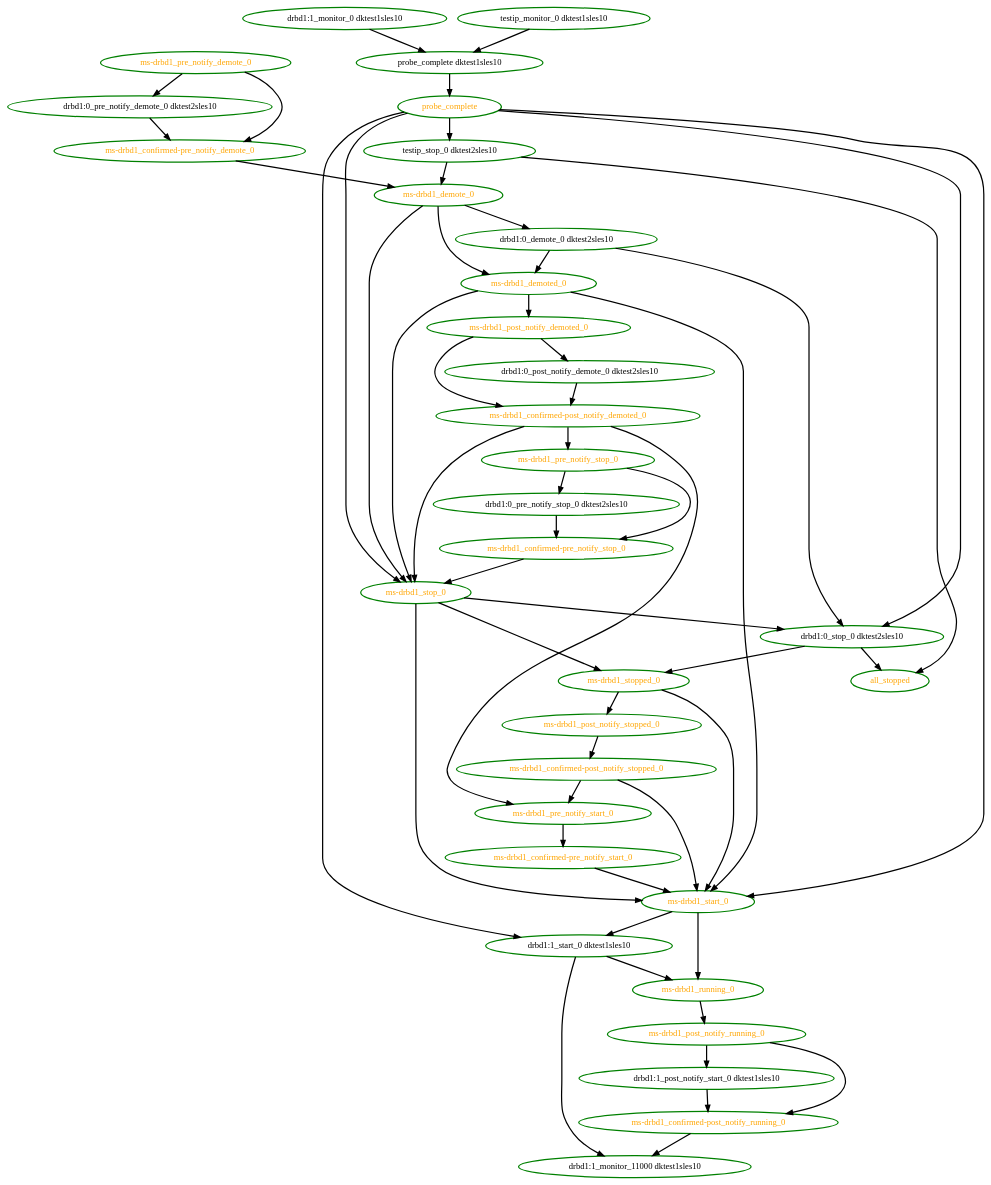
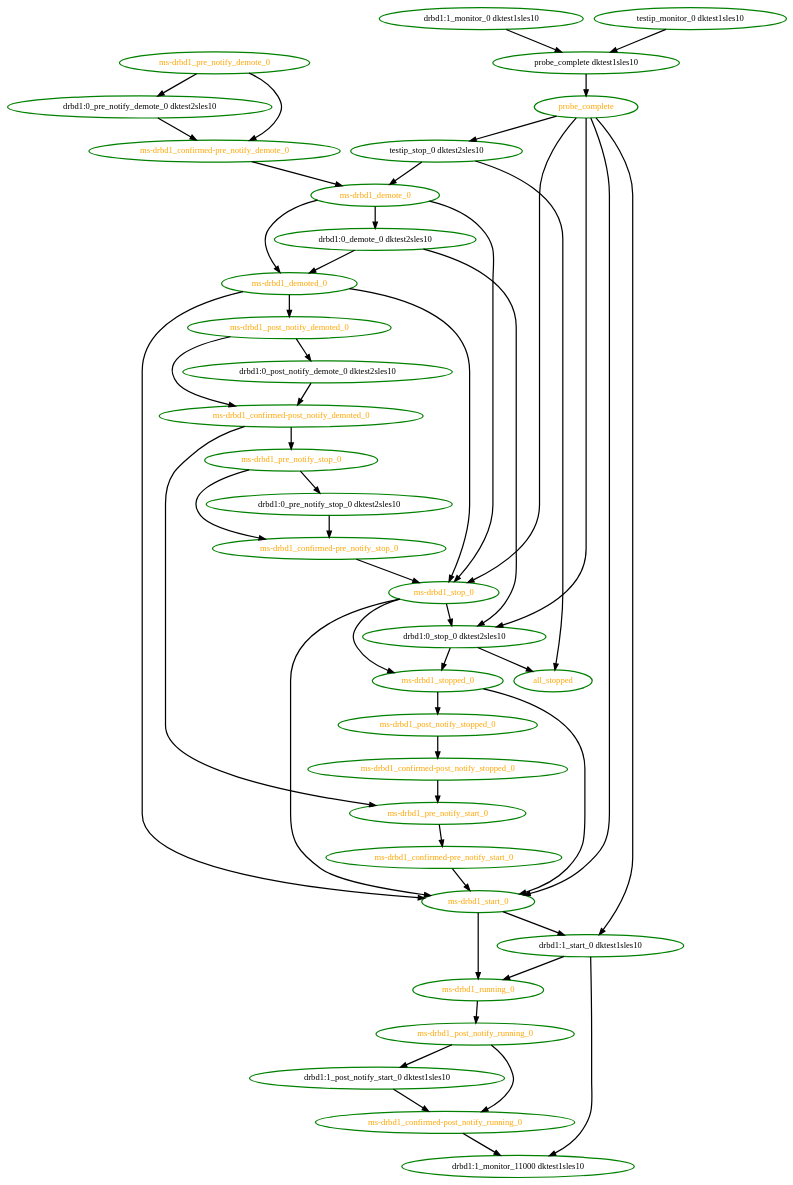
The diagram in pengine/test10/clone-no-shuffle.dot (linux-ha-japan/pm_diskd), drawn with Graphviz before and after one commit. The commit also changed 18 other files, not shown here.

```diff
--- a/pengine/test10/clone-no-shuffle.dot
+++ b/pengine/test10/clone-no-shuffle.dot
@@ -1,87 +1,85 @@
 digraph "g" {
 "all_stopped" [ style=bold color="green" fontcolor="orange"  ]
 "drbd1:0_demote_0 dktest2sles10" -> "drbd1:0_stop_0 dktest2sles10" [ style = bold]
 "drbd1:0_demote_0 dktest2sles10" -> "ms-drbd1_demoted_0" [ style = bold]
 "drbd1:0_demote_0 dktest2sles10" [ style=bold color="green" fontcolor="black"  ]
 "drbd1:0_post_notify_demote_0 dktest2sles10" -> "ms-drbd1_confirmed-post_notify_demoted_0" [ style = bold]
 "drbd1:0_post_notify_demote_0 dktest2sles10" [ style=bold color="green" fontcolor="black"  ]
 "drbd1:0_pre_notify_demote_0 dktest2sles10" -> "ms-drbd1_confirmed-pre_notify_demote_0" [ style = bold]
 "drbd1:0_pre_notify_demote_0 dktest2sles10" [ style=bold color="green" fontcolor="black"  ]
 "drbd1:0_pre_notify_stop_0 dktest2sles10" -> "ms-drbd1_confirmed-pre_notify_stop_0" [ style = bold]
 "drbd1:0_pre_notify_stop_0 dktest2sles10" [ style=bold color="green" fontcolor="black"  ]
 "drbd1:0_stop_0 dktest2sles10" -> "all_stopped" [ style = bold]
 "drbd1:0_stop_0 dktest2sles10" -> "ms-drbd1_stopped_0" [ style = bold]
 "drbd1:0_stop_0 dktest2sles10" [ style=bold color="green" fontcolor="black"  ]
 "drbd1:1_monitor_0 dktest1sles10" -> "probe_complete dktest1sles10" [ style = bold]
 "drbd1:1_monitor_0 dktest1sles10" [ style=bold color="green" fontcolor="black"  ]
 "drbd1:1_monitor_11000 dktest1sles10" [ style=bold color="green" fontcolor="black"  ]
 "drbd1:1_post_notify_start_0 dktest1sles10" -> "ms-drbd1_confirmed-post_notify_running_0" [ style = bold]
 "drbd1:1_post_notify_start_0 dktest1sles10" [ style=bold color="green" fontcolor="black"  ]
 "drbd1:1_start_0 dktest1sles10" -> "drbd1:1_monitor_11000 dktest1sles10" [ style = bold]
 "drbd1:1_start_0 dktest1sles10" -> "ms-drbd1_running_0" [ style = bold]
 "drbd1:1_start_0 dktest1sles10" [ style=bold color="green" fontcolor="black"  ]
 "ms-drbd1_confirmed-post_notify_demoted_0" -> "ms-drbd1_pre_notify_start_0" [ style = bold]
 "ms-drbd1_confirmed-post_notify_demoted_0" -> "ms-drbd1_pre_notify_stop_0" [ style = bold]
-"ms-drbd1_confirmed-post_notify_demoted_0" -> "ms-drbd1_stop_0" [ style = bold]
 "ms-drbd1_confirmed-post_notify_demoted_0" [ style=bold color="green" fontcolor="orange"  ]
 "ms-drbd1_confirmed-post_notify_running_0" -> "drbd1:1_monitor_11000 dktest1sles10" [ style = bold]
 "ms-drbd1_confirmed-post_notify_running_0" [ style=bold color="green" fontcolor="orange"  ]
 "ms-drbd1_confirmed-post_notify_stopped_0" -> "ms-drbd1_pre_notify_start_0" [ style = bold]
-"ms-drbd1_confirmed-post_notify_stopped_0" -> "ms-drbd1_start_0" [ style = bold]
 "ms-drbd1_confirmed-post_notify_stopped_0" [ style=bold color="green" fontcolor="orange"  ]
 "ms-drbd1_confirmed-pre_notify_demote_0" -> "ms-drbd1_demote_0" [ style = bold]
 "ms-drbd1_confirmed-pre_notify_demote_0" [ style=bold color="green" fontcolor="orange"  ]
 "ms-drbd1_confirmed-pre_notify_start_0" -> "ms-drbd1_start_0" [ style = bold]
 "ms-drbd1_confirmed-pre_notify_start_0" [ style=bold color="green" fontcolor="orange"  ]
 "ms-drbd1_confirmed-pre_notify_stop_0" -> "ms-drbd1_stop_0" [ style = bold]
 "ms-drbd1_confirmed-pre_notify_stop_0" [ style=bold color="green" fontcolor="orange"  ]
 "ms-drbd1_demote_0" -> "drbd1:0_demote_0 dktest2sles10" [ style = bold]
 "ms-drbd1_demote_0" -> "ms-drbd1_demoted_0" [ style = bold]
 "ms-drbd1_demote_0" -> "ms-drbd1_stop_0" [ style = bold]
 "ms-drbd1_demote_0" [ style=bold color="green" fontcolor="orange"  ]
 "ms-drbd1_demoted_0" -> "ms-drbd1_post_notify_demoted_0" [ style = bold]
 "ms-drbd1_demoted_0" -> "ms-drbd1_start_0" [ style = bold]
 "ms-drbd1_demoted_0" -> "ms-drbd1_stop_0" [ style = bold]
 "ms-drbd1_demoted_0" [ style=bold color="green" fontcolor="orange"  ]
 "ms-drbd1_post_notify_demoted_0" -> "drbd1:0_post_notify_demote_0 dktest2sles10" [ style = bold]
 "ms-drbd1_post_notify_demoted_0" -> "ms-drbd1_confirmed-post_notify_demoted_0" [ style = bold]
 "ms-drbd1_post_notify_demoted_0" [ style=bold color="green" fontcolor="orange"  ]
 "ms-drbd1_post_notify_running_0" -> "drbd1:1_post_notify_start_0 dktest1sles10" [ style = bold]
 "ms-drbd1_post_notify_running_0" -> "ms-drbd1_confirmed-post_notify_running_0" [ style = bold]
 "ms-drbd1_post_notify_running_0" [ style=bold color="green" fontcolor="orange"  ]
 "ms-drbd1_post_notify_stopped_0" -> "ms-drbd1_confirmed-post_notify_stopped_0" [ style = bold]
 "ms-drbd1_post_notify_stopped_0" [ style=bold color="green" fontcolor="orange"  ]
 "ms-drbd1_pre_notify_demote_0" -> "drbd1:0_pre_notify_demote_0 dktest2sles10" [ style = bold]
 "ms-drbd1_pre_notify_demote_0" -> "ms-drbd1_confirmed-pre_notify_demote_0" [ style = bold]
 "ms-drbd1_pre_notify_demote_0" [ style=bold color="green" fontcolor="orange"  ]
 "ms-drbd1_pre_notify_start_0" -> "ms-drbd1_confirmed-pre_notify_start_0" [ style = bold]
 "ms-drbd1_pre_notify_start_0" [ style=bold color="green" fontcolor="orange"  ]
 "ms-drbd1_pre_notify_stop_0" -> "drbd1:0_pre_notify_stop_0 dktest2sles10" [ style = bold]
 "ms-drbd1_pre_notify_stop_0" -> "ms-drbd1_confirmed-pre_notify_stop_0" [ style = bold]
 "ms-drbd1_pre_notify_stop_0" [ style=bold color="green" fontcolor="orange"  ]
 "ms-drbd1_running_0" -> "ms-drbd1_post_notify_running_0" [ style = bold]
 "ms-drbd1_running_0" [ style=bold color="green" fontcolor="orange"  ]
 "ms-drbd1_start_0" -> "drbd1:1_start_0 dktest1sles10" [ style = bold]
 "ms-drbd1_start_0" -> "ms-drbd1_running_0" [ style = bold]
 "ms-drbd1_start_0" [ style=bold color="green" fontcolor="orange"  ]
 "ms-drbd1_stop_0" -> "drbd1:0_stop_0 dktest2sles10" [ style = bold]
 "ms-drbd1_stop_0" -> "ms-drbd1_start_0" [ style = bold]
 "ms-drbd1_stop_0" -> "ms-drbd1_stopped_0" [ style = bold]
 "ms-drbd1_stop_0" [ style=bold color="green" fontcolor="orange"  ]
 "ms-drbd1_stopped_0" -> "ms-drbd1_post_notify_stopped_0" [ style = bold]
 "ms-drbd1_stopped_0" -> "ms-drbd1_start_0" [ style = bold]
 "ms-drbd1_stopped_0" [ style=bold color="green" fontcolor="orange"  ]
 "probe_complete dktest1sles10" -> "probe_complete" [ style = bold]
 "probe_complete dktest1sles10" [ style=bold color="green" fontcolor="black"  ]
 "probe_complete" -> "drbd1:0_stop_0 dktest2sles10" [ style = bold]
 "probe_complete" -> "drbd1:1_start_0 dktest1sles10" [ style = bold]
 "probe_complete" -> "ms-drbd1_start_0" [ style = bold]
 "probe_complete" -> "ms-drbd1_stop_0" [ style = bold]
 "probe_complete" -> "testip_stop_0 dktest2sles10" [ style = bold]
 "probe_complete" [ style=bold color="green" fontcolor="orange"  ]
 "testip_monitor_0 dktest1sles10" -> "probe_complete dktest1sles10" [ style = bold]
 "testip_monitor_0 dktest1sles10" [ style=bold color="green" fontcolor="black"  ]
 "testip_stop_0 dktest2sles10" -> "all_stopped" [ style = bold]
 "testip_stop_0 dktest2sles10" -> "ms-drbd1_demote_0" [ style = bold]
 "testip_stop_0 dktest2sles10" [ style=bold color="green" fontcolor="black"  ]
 }
```
